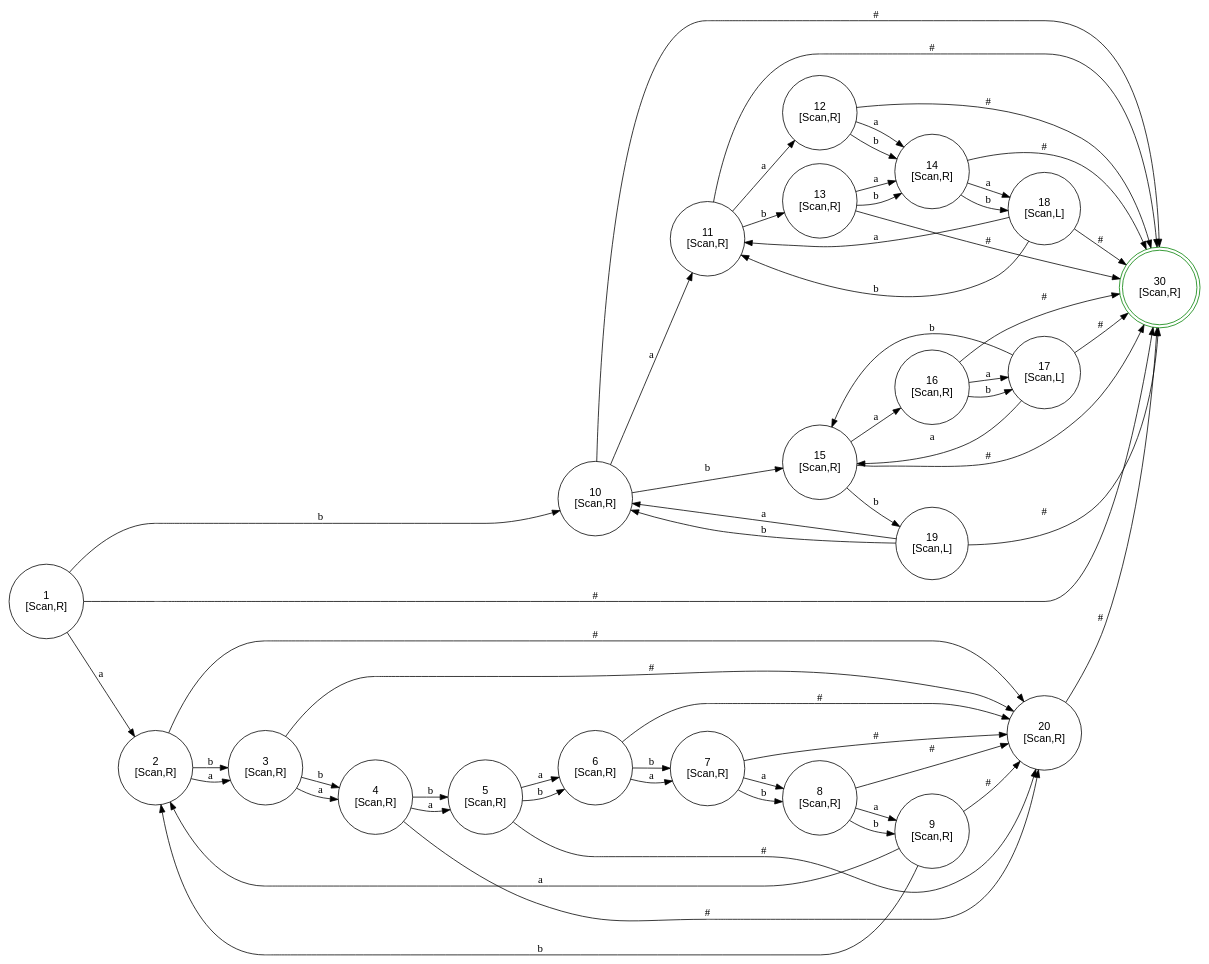
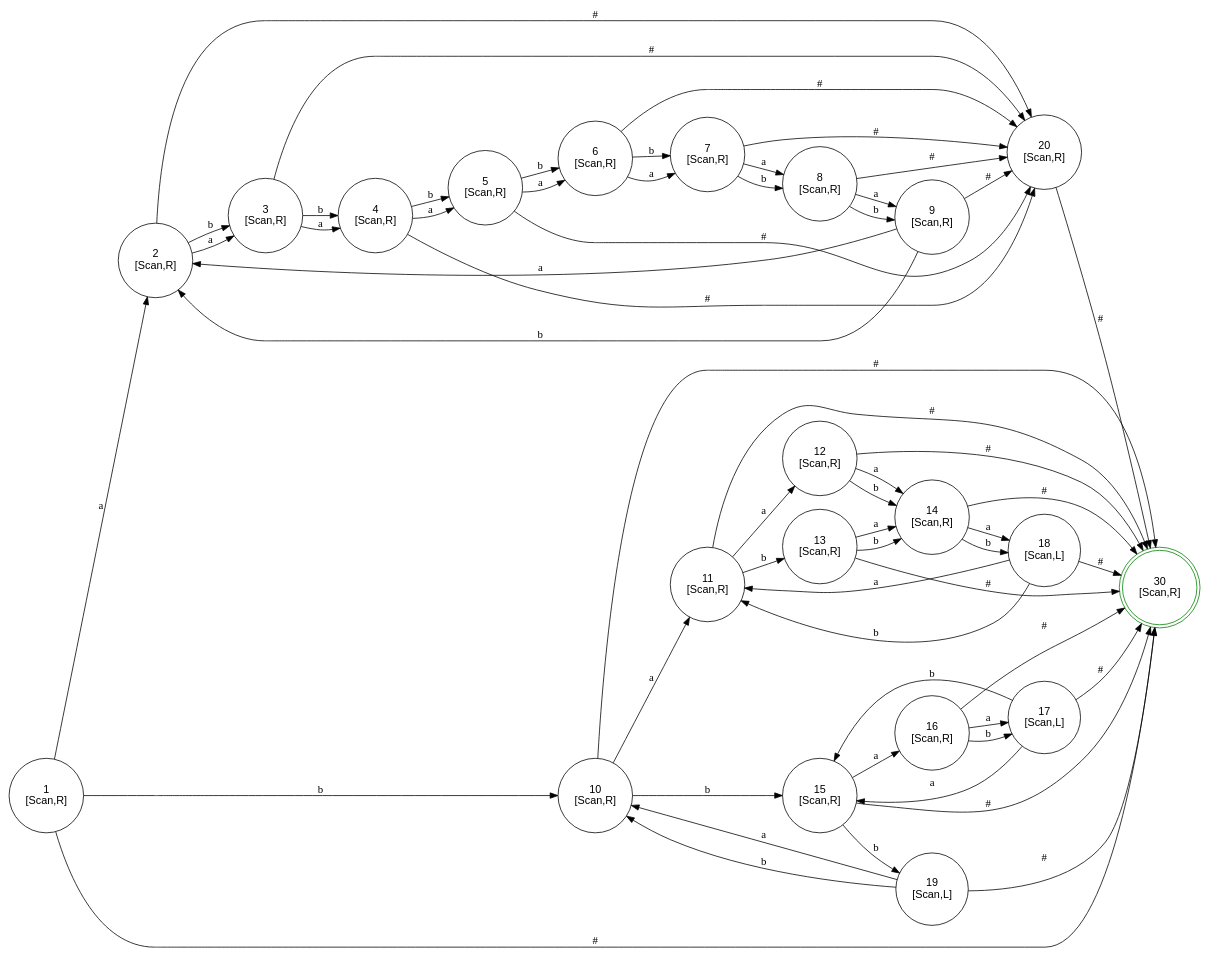
Before and after one commit to kokobabe99/turing_point: the diagram in dots/twa.dot, drawn with Graphviz. The commit also changed other lines of this file and 9 other files, not shown here.

```diff
--- a/dots/twa.dot
+++ b/dots/twa.dot
@@ -1,82 +1,82 @@
 digraph FSM {
   rankdir=LR; node [shape=circle, fontname="Arial"];
   1 [label="1\n[Scan,R]", shape=circle];
+  1 -> 2 [label="a"];
   1 -> 10 [label="b"];
   1 -> 30 [label="#"];
-  1 -> 2 [label="a"];
   2 [label="2\n[Scan,R]", shape=circle];
   2 -> 3 [label="a"];
   2 -> 3 [label="b"];
   2 -> 20 [label="#"];
   3 [label="3\n[Scan,R]", shape=circle];
   3 -> 4 [label="a"];
   3 -> 4 [label="b"];
   3 -> 20 [label="#"];
   4 [label="4\n[Scan,R]", shape=circle];
   4 -> 5 [label="a"];
   4 -> 5 [label="b"];
   4 -> 20 [label="#"];
   5 [label="5\n[Scan,R]", shape=circle];
-  5 -> 6 [label="a"];
   5 -> 6 [label="b"];
   5 -> 20 [label="#"];
+  5 -> 6 [label="a"];
   6 [label="6\n[Scan,R]", shape=circle];
   6 -> 7 [label="a"];
   6 -> 7 [label="b"];
   6 -> 20 [label="#"];
   7 [label="7\n[Scan,R]", shape=circle];
   7 -> 8 [label="a"];
   7 -> 8 [label="b"];
   7 -> 20 [label="#"];
   8 [label="8\n[Scan,R]", shape=circle];
   8 -> 9 [label="a"];
   8 -> 9 [label="b"];
   8 -> 20 [label="#"];
   9 [label="9\n[Scan,R]", shape=circle];
   9 -> 2 [label="a"];
   9 -> 2 [label="b"];
   9 -> 20 [label="#"];
   10 [label="10\n[Scan,R]", shape=circle];
-  10 -> 30 [label="#"];
   10 -> 11 [label="a"];
   10 -> 15 [label="b"];
+  10 -> 30 [label="#"];
   11 [label="11\n[Scan,R]", shape=circle];
-  11 -> 30 [label="#"];
   11 -> 12 [label="a"];
   11 -> 13 [label="b"];
+  11 -> 30 [label="#"];
   12 [label="12\n[Scan,R]", shape=circle];
   12 -> 14 [label="a"];
   12 -> 14 [label="b"];
   12 -> 30 [label="#"];
   13 [label="13\n[Scan,R]", shape=circle];
   13 -> 14 [label="a"];
   13 -> 14 [label="b"];
   13 -> 30 [label="#"];
   14 [label="14\n[Scan,R]", shape=circle];
   14 -> 18 [label="a"];
   14 -> 18 [label="b"];
   14 -> 30 [label="#"];
   15 [label="15\n[Scan,R]", shape=circle];
-  15 -> 16 [label="a"];
   15 -> 19 [label="b"];
   15 -> 30 [label="#"];
+  15 -> 16 [label="a"];
   16 [label="16\n[Scan,R]", shape=circle];
   16 -> 17 [label="a"];
   16 -> 17 [label="b"];
   16 -> 30 [label="#"];
   17 [label="17\n[Scan,L]", shape=circle];
   17 -> 15 [label="a"];
   17 -> 15 [label="b"];
   17 -> 30 [label="#"];
   18 [label="18\n[Scan,L]", shape=circle];
   18 -> 11 [label="a"];
   18 -> 11 [label="b"];
   18 -> 30 [label="#"];
   19 [label="19\n[Scan,L]", shape=circle];
+  19 -> 30 [label="#"];
   19 -> 10 [label="a"];
   19 -> 10 [label="b"];
-  19 -> 30 [label="#"];
   20 [label="20\n[Scan,R]", shape=circle];
   20 -> 30 [label="#"];
   30 [label="30\n[Scan,R]", shape=doublecircle, color="green"];
 }
```
